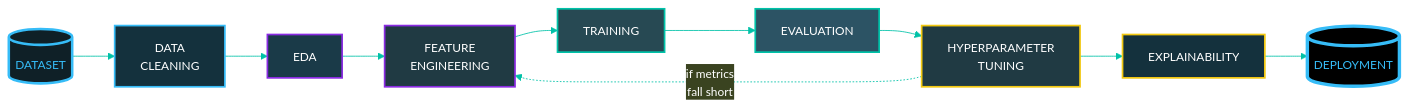
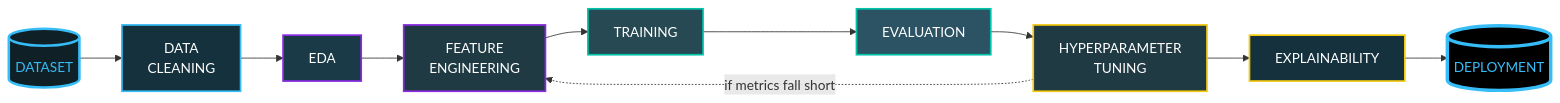
The third of 5 diagrams in README.md (NEERAJSINGHDANU07/NEERAJSINGHDANU07), drawn with Mermaid before and after one commit. The commit also changed other lines of this file, not shown here.

````diff
--- a/README.md
+++ b/README.md
@@ -331,22 +259,22 @@
 ```mermaid
-%%{init: {'theme':'base','themeVariables':{'fontFamily':'Fira Code, monospace','fontSize':'14px','primaryColor':'#203A43','primaryTextColor':'#FFFFFF','primaryBorderColor':'#36BCF7','lineColor':'#00C2A8'}}}%%
 flowchart LR
     A[("DATASET")] --> B["DATA<br/>CLEANING"]
     B --> C["EDA"]
     C --> D["FEATURE<br/>ENGINEERING"]
     D --> E["TRAINING"]
     E --> F["EVALUATION"]
     F --> G["HYPERPARAMETER<br/>TUNING"]
-    G -.->|"if metrics<br/>fall short"| D
+    G -.->|if metrics fall short| D
     G --> H["EXPLAINABILITY"]
     H --> I[("DEPLOYMENT")]
+    
     style A fill:#0F2027,stroke:#36BCF7,stroke-width:3px,color:#36BCF7
     style B fill:#14313D,stroke:#36BCF7,stroke-width:2px,color:#FFFFFF
     style C fill:#1A3A48,stroke:#8A2BE2,stroke-width:2px,color:#FFFFFF
     style D fill:#203A43,stroke:#8A2BE2,stroke-width:2px,color:#FFFFFF
     style E fill:#274953,stroke:#00C2A8,stroke-width:2px,color:#FFFFFF
     style F fill:#2C5364,stroke:#00C2A8,stroke-width:2px,color:#FFFFFF
     style G fill:#203A43,stroke:#F2C811,stroke-width:2px,color:#FFFFFF
     style H fill:#14313D,stroke:#F2C811,stroke-width:2px,color:#FFFFFF
     style I fill:#000000,stroke:#36BCF7,stroke-width:4px,color:#36BCF7
 ```
````
